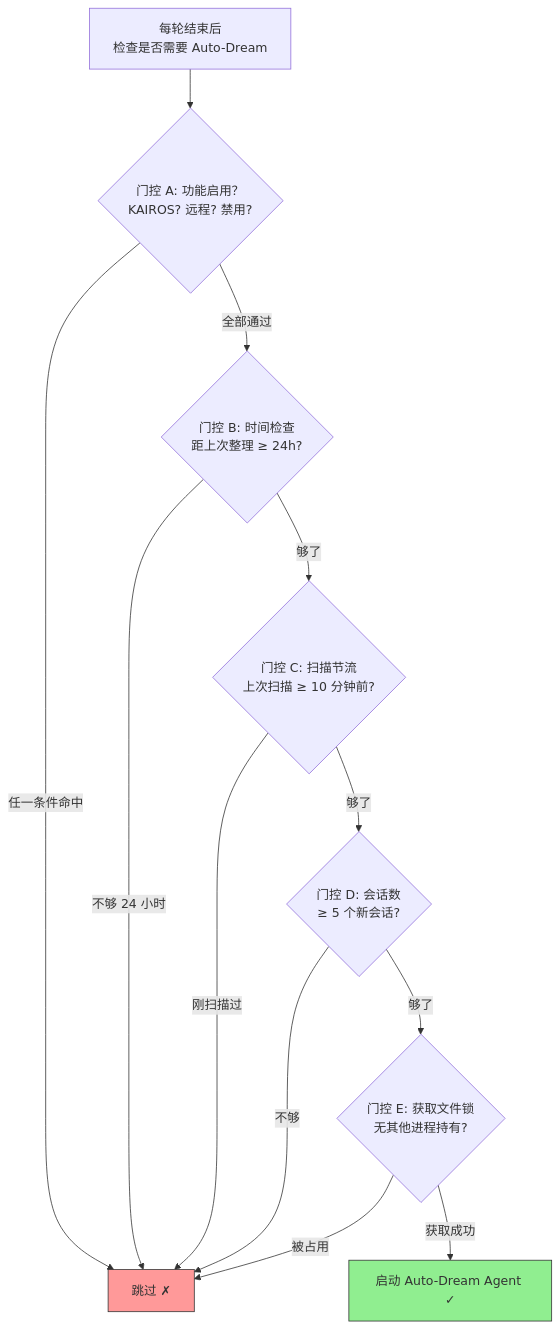
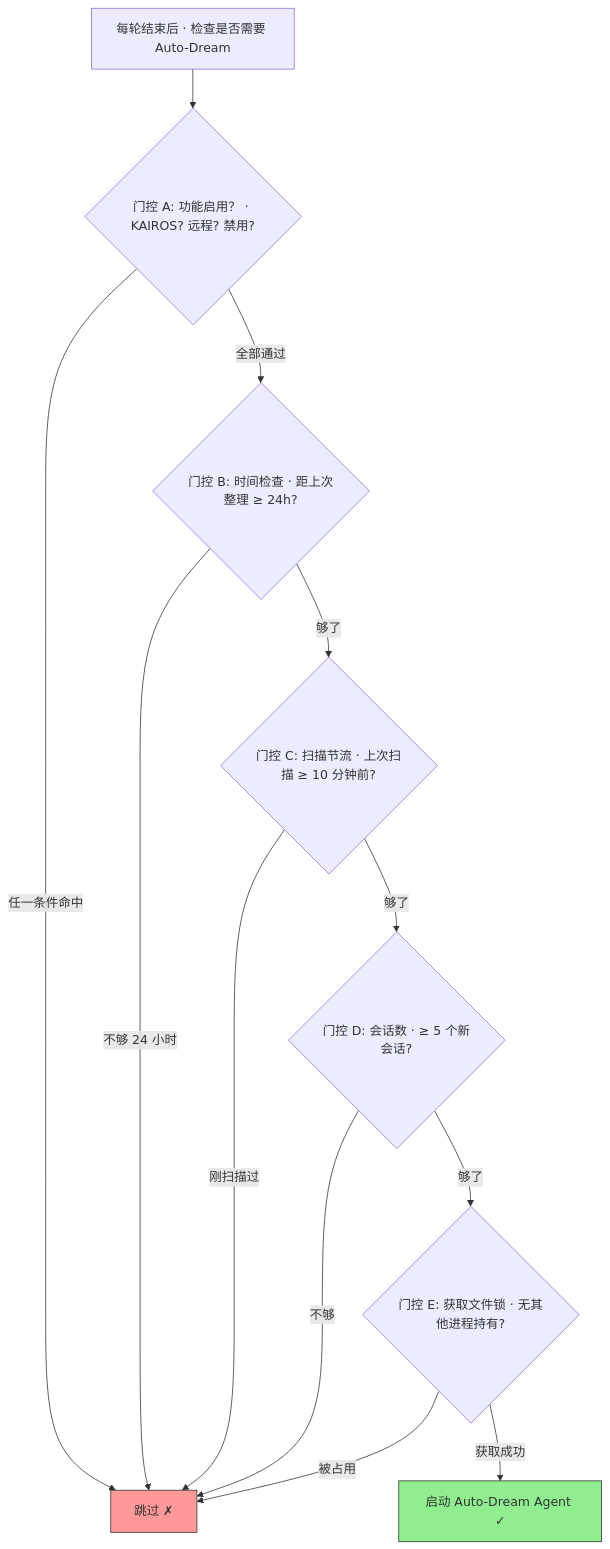
Diagram 23 of 30 in CLAUDE_CODE_BOOK.md (turf0909/sleep-code), drawn with Mermaid before and after one commit. The commit also changed other lines of this file, not shown here.

First line of the commit message:
docs: major expansion and fact-check of Claude Code architecture book

````diff
--- a/CLAUDE_CODE_BOOK.md
+++ b/CLAUDE_CODE_BOOK.md
@@ -2725,27 +3870,27 @@
 ```mermaid
 flowchart TD
-    START["每轮结束后<br/>检查是否需要 Auto-Dream"] --> A
+    START["每轮结束后 · 检查是否需要 Auto-Dream"] --> A
 
-    A{"门控 A: 功能启用？<br/>KAIROS? 远程? 禁用?"}
+    A{"门控 A: 功能启用？ · KAIROS? 远程? 禁用?"}
     A -->|"任一条件命中"| SKIP["跳过 ✗"]
     A -->|"全部通过"| B
 
-    B{"门控 B: 时间检查<br/>距上次整理 ≥ 24h?"}
+    B{"门控 B: 时间检查 · 距上次整理 ≥ 24h?"}
     B -->|"不够 24 小时"| SKIP
     B -->|"够了"| C
 
-    C{"门控 C: 扫描节流<br/>上次扫描 ≥ 10 分钟前?"}
+    C{"门控 C: 扫描节流 · 上次扫描 ≥ 10 分钟前?"}
     C -->|"刚扫描过"| SKIP
     C -->|"够了"| D
 
-    D{"门控 D: 会话数<br/>≥ 5 个新会话?"}
+    D{"门控 D: 会话数 · ≥ 5 个新会话?"}
     D -->|"不够"| SKIP
     D -->|"够了"| E
 
-    E{"门控 E: 获取文件锁<br/>无其他进程持有?"}
+    E{"门控 E: 获取文件锁 · 无其他进程持有?"}
     E -->|"被占用"| SKIP
     E -->|"获取成功"| RUN["启动 Auto-Dream Agent ✓"]
 
     style SKIP fill:#ff9999,stroke:#333
     style RUN fill:#90EE90,stroke:#333
 ```
````
